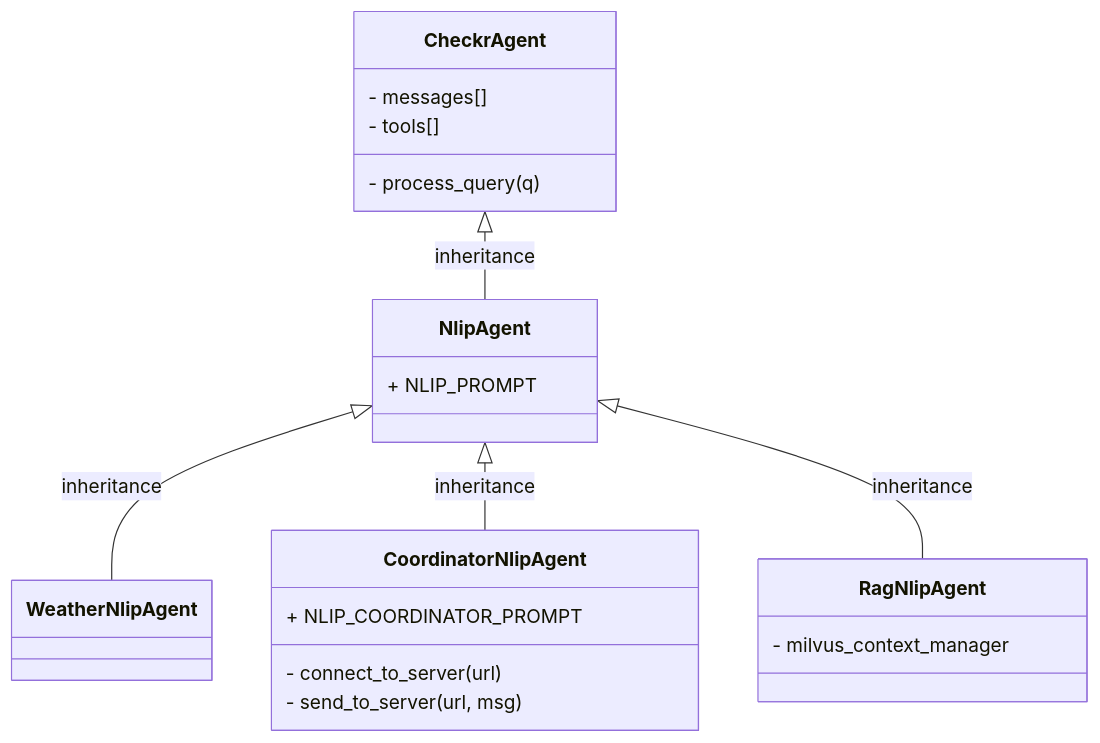
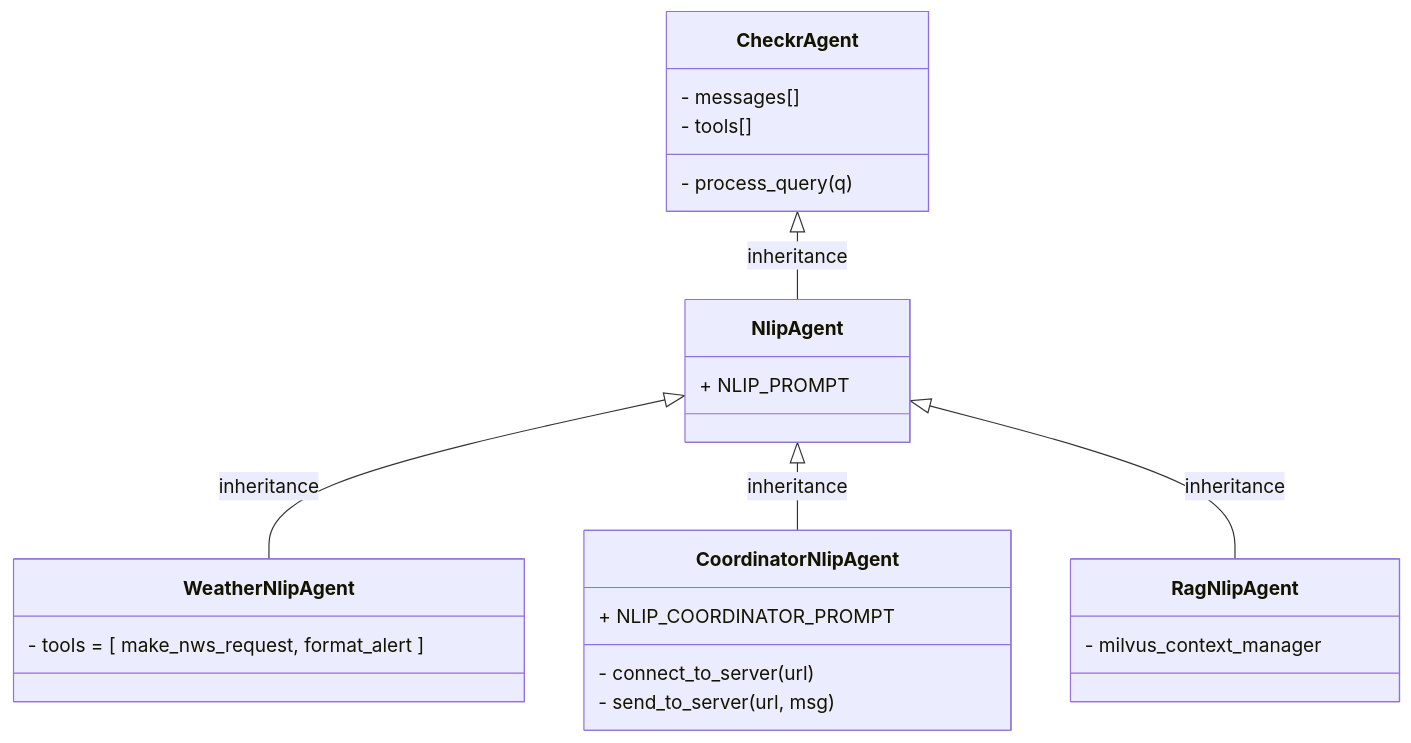
Before and after one commit to sheffler/checkr-agents: the diagram in checkr_agents/agents/README.md, drawn with Mermaid.

````diff
--- a/checkr_agents/agents/README.md
+++ b/checkr_agents/agents/README.md
@@ -3,33 +3,34 @@
 ``` mermaid
 
 classDiagram
     class CheckrAgent {
 	  - messages[]
 	  - tools[]
 
 	  - process_query(q)
 	}
 	
 	class NlipAgent {
 	  + NLIP_PROMPT
 	}
 
 	class WeatherNlipAgent {
+	  - tools = [ make_nws_request, format_alert ]
 	}
 
 	class CoordinatorNlipAgent {
 	  + NLIP_COORDINATOR_PROMPT
 
 	  - connect_to_server(url)
 	  - send_to_server(url, msg)
 	}
 
 	class RagNlipAgent {
 	  - milvus_context_manager
 	}
 	
 	CheckrAgent <|-- NlipAgent : inheritance
 	NlipAgent <|-- WeatherNlipAgent : inheritance
 	NlipAgent <|-- CoordinatorNlipAgent : inheritance
 	NlipAgent <|-- RagNlipAgent : inheritance
 ```
````
